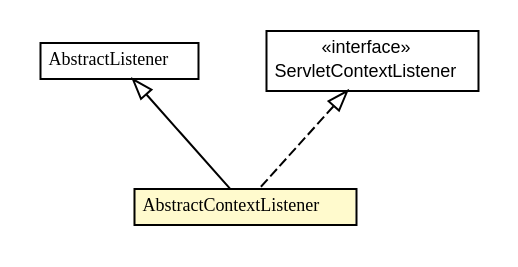
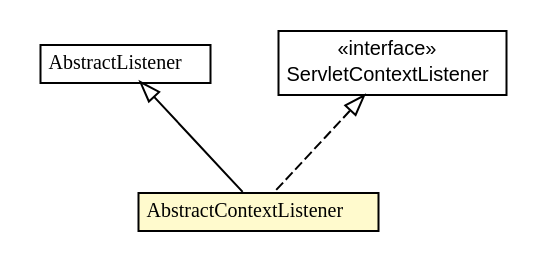
Before and after one commit to GServlet/gservlet-site: the diagram in static/javadocs/1.0.0/org/gservlet/AbstractContextListener.dot, drawn with Graphviz. The commit also changed 168 other files, not shown here.

```diff
--- a/static/javadocs/1.0.0/org/gservlet/AbstractContextListener.dot
+++ b/static/javadocs/1.0.0/org/gservlet/AbstractContextListener.dot
@@ -1,35 +1,35 @@
 #!/usr/local/bin/dot
 #
 # Class diagram 
 # Generated by UMLGraph version R5_6-24-gf6e263 (http://www.umlgraph.org/)
 #
 
 digraph G {
 	edge [fontname="arial",fontsize=10,labelfontname="arial",labelfontsize=10];
 	node [fontname="arial",fontsize=10,shape=plaintext];
 	nodesep=0.25;
 	ranksep=0.5;
+	// org.gservlet.AbstractContextListener
+	c178 [label=<<table title="org.gservlet.AbstractContextListener" border="0" cellborder="1" cellspacing="0" cellpadding="2" port="p" bgcolor="lemonChiffon" href="./AbstractContextListener.html">
+		<tr><td><table border="0" cellspacing="0" cellpadding="1">
+<tr><td align="center" balign="center"><font face="arial italic"> AbstractContextListener </font></td></tr>
+		</table></td></tr>
+		</table>>, URL="./AbstractContextListener.html", fontname="arial", fontcolor="black", fontsize=10.0];
 	// org.gservlet.AbstractListener
-	c200 [label=<<table title="org.gservlet.AbstractListener" border="0" cellborder="1" cellspacing="0" cellpadding="2" port="p" href="./AbstractListener.html">
+	c180 [label=<<table title="org.gservlet.AbstractListener" border="0" cellborder="1" cellspacing="0" cellpadding="2" port="p" href="./AbstractListener.html">
 		<tr><td><table border="0" cellspacing="0" cellpadding="1">
 <tr><td align="center" balign="center"><font face="arial italic"> AbstractListener </font></td></tr>
 		</table></td></tr>
-		</table>>, URL="./AbstractListener.html", fontname="arial", fontcolor="black", fontsize=9.0];
-	// org.gservlet.AbstractContextListener
-	c202 [label=<<table title="org.gservlet.AbstractContextListener" border="0" cellborder="1" cellspacing="0" cellpadding="2" port="p" bgcolor="lemonChiffon" href="./AbstractContextListener.html">
-		<tr><td><table border="0" cellspacing="0" cellpadding="1">
-<tr><td align="center" balign="center"><font face="arial italic"> AbstractContextListener </font></td></tr>
-		</table></td></tr>
-		</table>>, URL="./AbstractContextListener.html", fontname="arial", fontcolor="black", fontsize=9.0];
+		</table>>, URL="./AbstractListener.html", fontname="arial", fontcolor="black", fontsize=10.0];
 	//org.gservlet.AbstractContextListener extends org.gservlet.AbstractListener
-	c200:p -> c202:p [dir=back,arrowtail=empty];
+	c180:p -> c178:p [dir=back,arrowtail=empty];
 	//org.gservlet.AbstractContextListener implements javax.servlet.ServletContextListener
-	c216:p -> c202:p [dir=back,arrowtail=empty,style=dashed];
+	c216:p -> c178:p [dir=back,arrowtail=empty,style=dashed];
 	// javax.servlet.ServletContextListener
 	c216 [label=<<table title="javax.servlet.ServletContextListener" border="0" cellborder="1" cellspacing="0" cellpadding="2" port="p" href="http://java.sun.com/j2se/1.4.2/docs/api/javax/servlet/ServletContextListener.html">
 		<tr><td><table border="0" cellspacing="0" cellpadding="1">
 <tr><td align="center" balign="center"> &#171;interface&#187; </td></tr>
 <tr><td align="center" balign="center"> ServletContextListener </td></tr>
 		</table></td></tr>
-		</table>>, URL="http://java.sun.com/j2se/1.4.2/docs/api/javax/servlet/ServletContextListener.html", fontname="arial", fontcolor="black", fontsize=9.0];
+		</table>>, URL="http://java.sun.com/j2se/1.4.2/docs/api/javax/servlet/ServletContextListener.html", fontname="arial", fontcolor="black", fontsize=10.0];
 }
```
